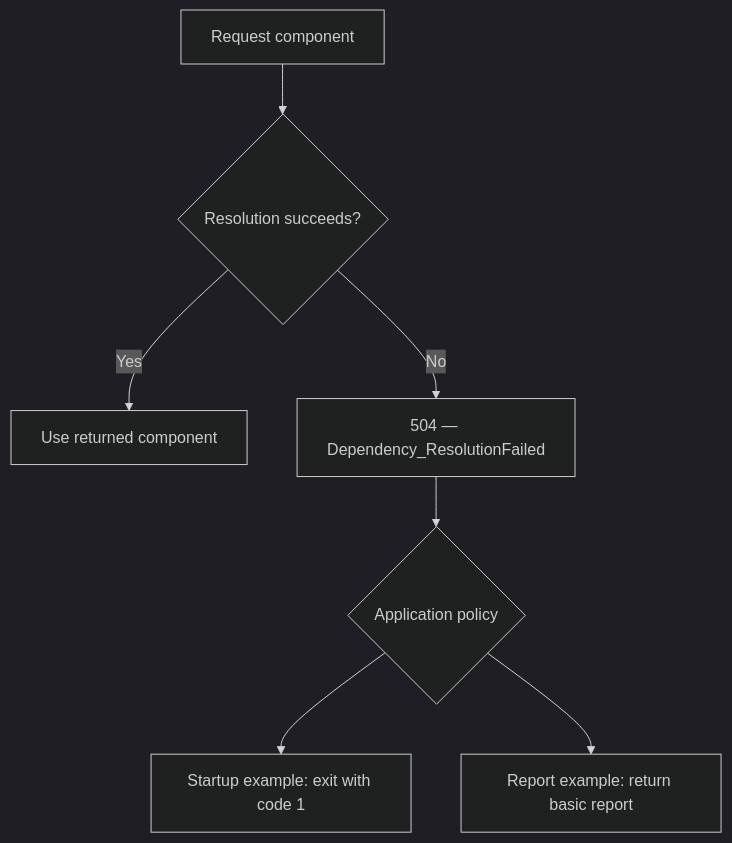
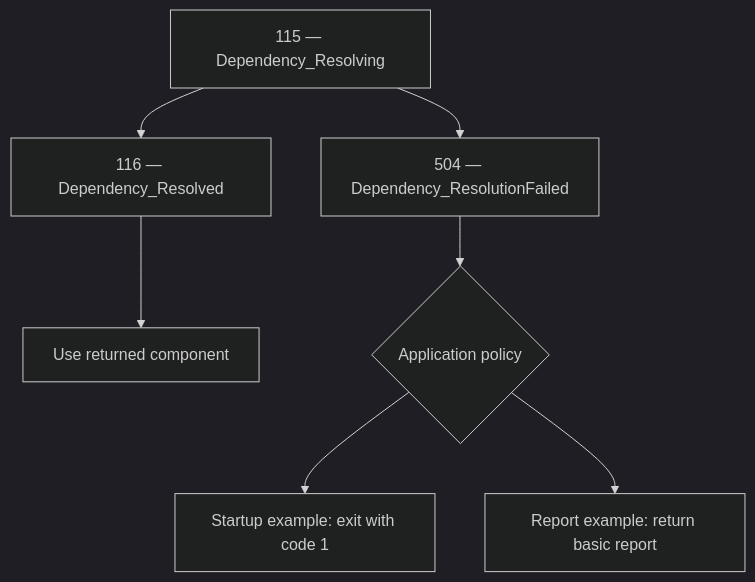
One commit to patware/Patware.Diagnostics changed the diagram in docs/architecture/DEPENDENCY-RESOLUTION.md. Above: the diagram before and after it, drawn with Mermaid (dark theme). The commit also changed other lines of this file and 14 other files, not shown here.

Commit message:
feat: add dependency resolution events

````diff
--- a/docs/architecture/DEPENDENCY-RESOLUTION.md
+++ b/docs/architecture/DEPENDENCY-RESOLUTION.md
@@ -129,9 +180,9 @@
 ```mermaid
 flowchart TD
-    request["Request component"] --> outcome{"Resolution succeeds?"}
-    outcome -->|Yes| use["Use returned component"]
-    outcome -->|No| failure["504 — Dependency_ResolutionFailed"]
+    resolving["115 — Dependency_Resolving"] --> resolved["116 — Dependency_Resolved"]
+    resolving --> failure["504 — Dependency_ResolutionFailed"]
+    resolved --> use["Use returned component"]
     failure --> policy{"Application policy"}
     policy --> stop["Startup example: exit with code 1"]
     policy --> fallback["Report example: return basic report"]
 ```
````
